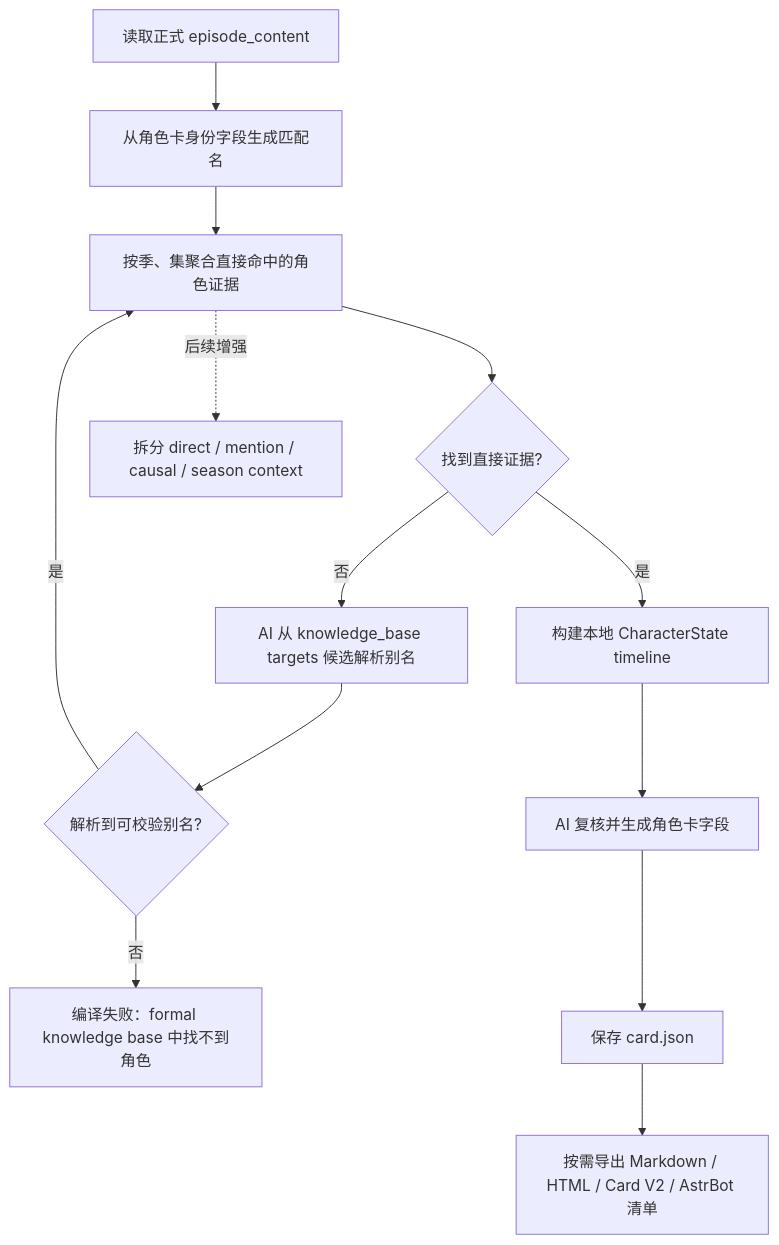
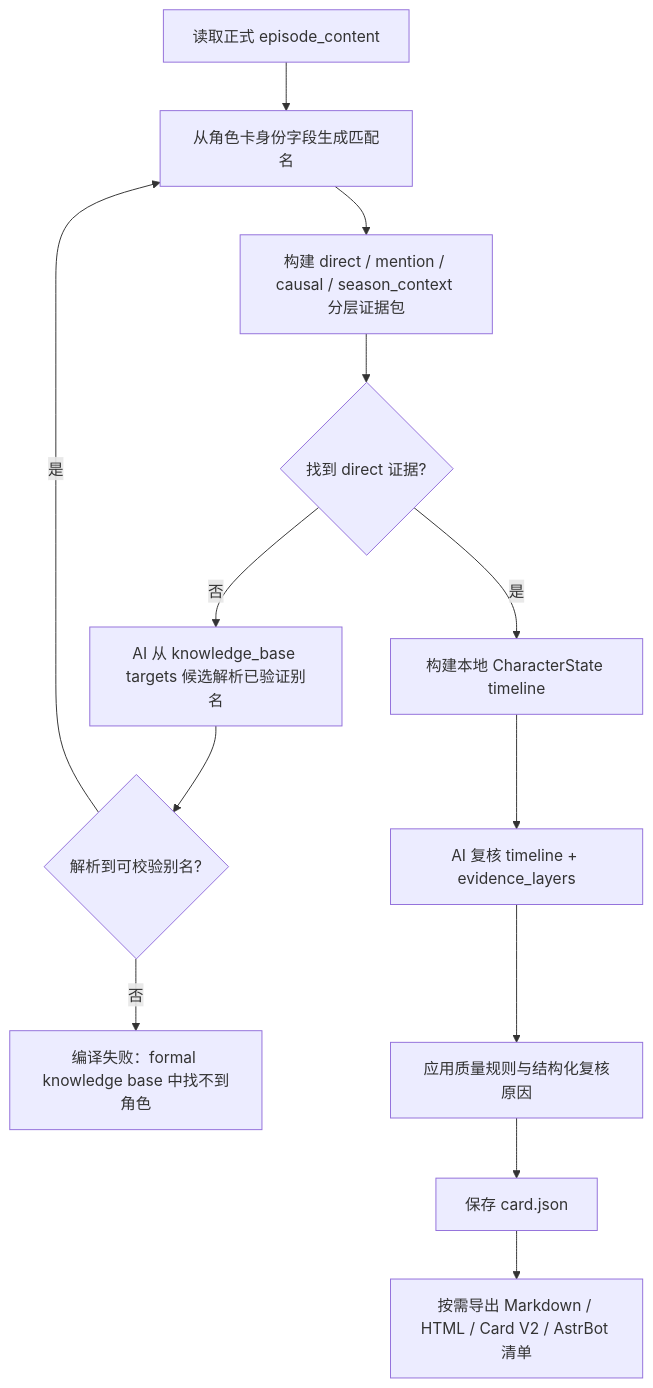
The second of 2 diagrams in docs/reference/extraction-workflow.zh_CN.md (yomihime/CharaPicker), drawn with Mermaid before and after one commit. The commit also changed other lines of this file and 17 other files, not shown here.

Commit message:
docs: refresh character card quality architecture

````diff
--- a/docs/reference/extraction-workflow.zh_CN.md
+++ b/docs/reference/extraction-workflow.zh_CN.md
@@ -215,15 +218,15 @@
 ```mermaid
 flowchart TD
     A[读取正式 episode_content] --> B[从角色卡身份字段生成匹配名]
-    B --> C[按季、集聚合直接命中的角色证据]
-    C --> D{找到直接证据?}
-    D -->|否| E[AI 从 knowledge_base targets 候选解析别名]
+    B --> C[构建 direct / mention / causal / season_context 分层证据包]
+    C --> D{找到 direct 证据?}
+    D -->|否| E[AI 从 knowledge_base targets 候选解析已验证别名]
     E --> F{解析到可校验别名?}
-    F -->|是| C
+    F -->|是| B
     F -->|否| X[编译失败：formal knowledge base 中找不到角色]
     D -->|是| G[构建本地 CharacterState timeline]
-    G --> H[AI 复核并生成角色卡字段]
-    H --> I[保存 card.json]
+    G --> H[AI 复核 timeline + evidence_layers]
+    H --> Q[应用质量规则与结构化复核原因]
+    Q --> I[保存 card.json]
     I --> J[按需导出 Markdown / HTML / Card V2 / AstrBot 清单]
-    C -. 后续增强 .-> K[拆分 direct / mention / causal / season context]
 ```
````
